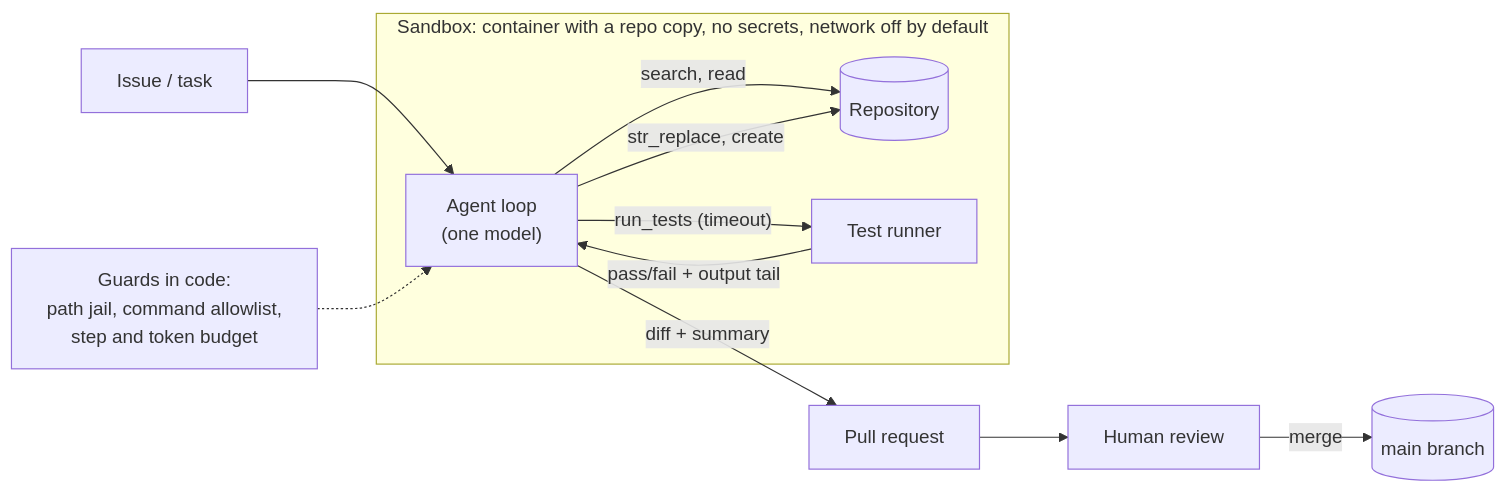
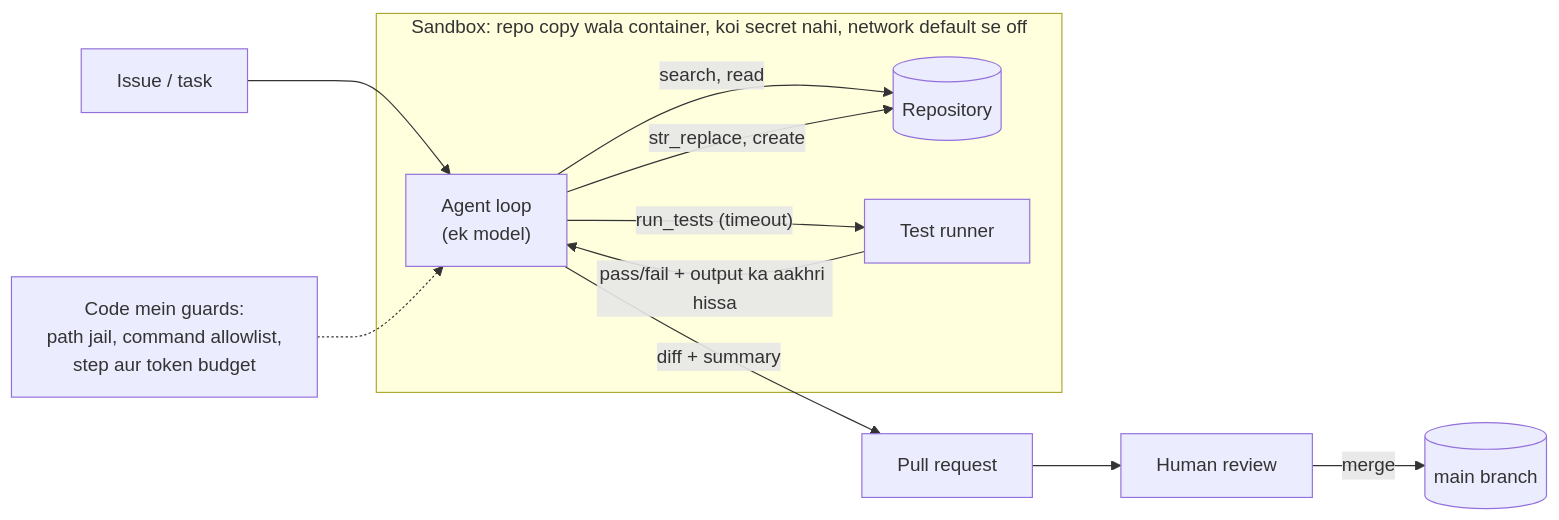
One commit to asmustechno/agentic-ai-notes changed the diagram in docs/17-case-studies/17.1-coding-agent.md. Above: the diagram before and after it, drawn with Mermaid. The commit also changed other lines of this file and 135 other files, not shown here.

````diff
--- a/docs/17-case-studies/17.1-coding-agent.md
+++ b/docs/17-case-studies/17.1-coding-agent.md
@@ -45,14 +49,14 @@
 ```mermaid
 flowchart LR
     I["Issue / task"] --> A
-    subgraph SB["Sandbox: container with a repo copy, no secrets, network off by default"]
-        A["Agent loop<br/>(one model)"] -->|search, read| R[("Repository")]
+    subgraph SB["Sandbox: repo copy wala container, koi secret nahi, network default se off"]
+        A["Agent loop<br/>(ek model)"] -->|search, read| R[("Repository")]
         A -->|str_replace, create| R
         A -->|"run_tests (timeout)"| T["Test runner"]
-        T -->|"pass/fail + output tail"| A
+        T -->|"pass/fail + output ka aakhri hissa"| A
     end
     A -->|"diff + summary"| PR["Pull request"]
     PR --> H["Human review"]
     H -->|merge| Main[("main branch")]
-    G["Guards in code:<br/>path jail, command allowlist,<br/>step and token budget"] -.-> A
+    G["Code mein guards:<br/>path jail, command allowlist,<br/>step aur token budget"] -.-> A
 ```
````
